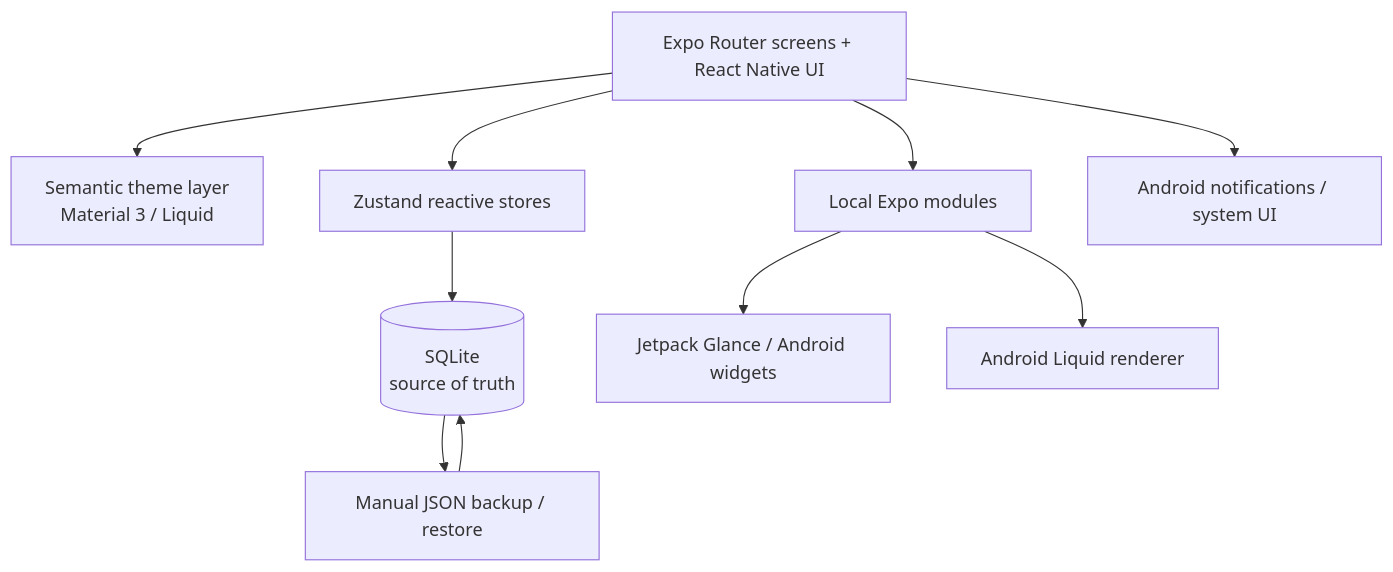
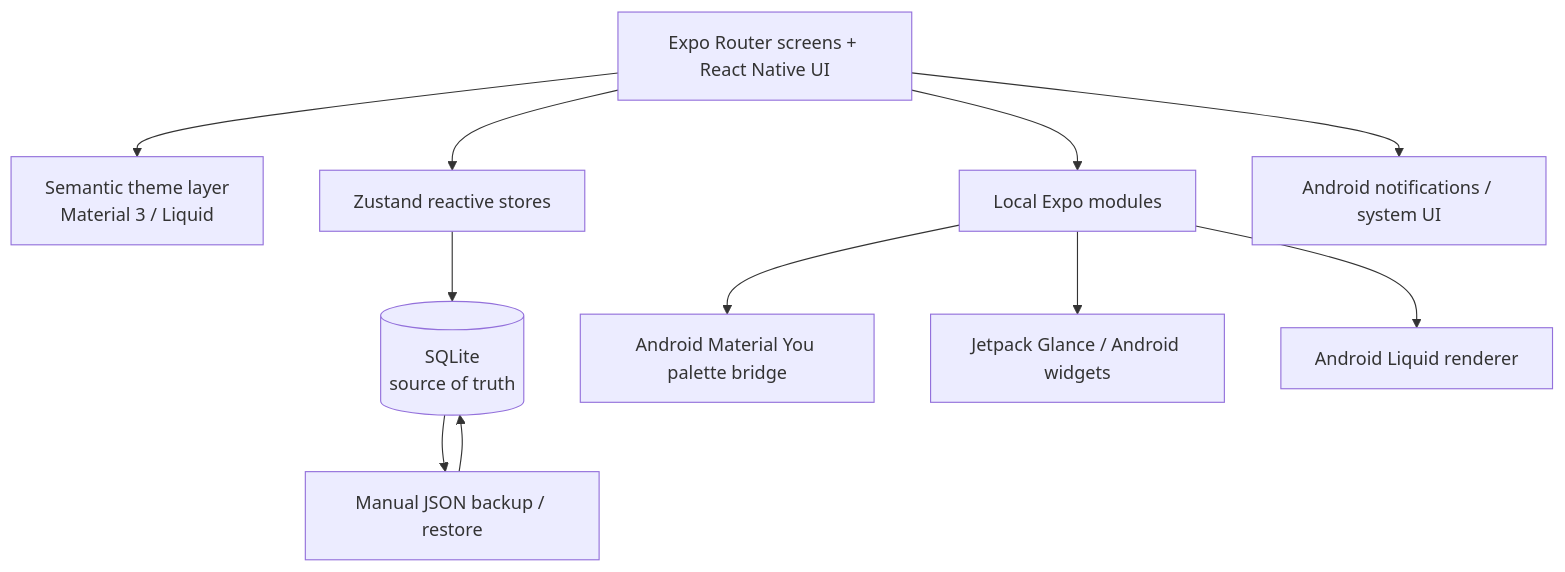
One commit to karimm1620/heibi changed the diagram in README.md. Above: the diagram before and after it, drawn with Mermaid. The commit also changed other lines of this file, not shown here.

Commit message:
docs: sync README with current native architecture

````diff
--- a/README.md
+++ b/README.md
@@ -144,22 +144,24 @@
 ```mermaid
 flowchart TD
     UI[Expo Router screens + React Native UI]
     Theme[Semantic theme layer\nMaterial 3 / Liquid]
     Store[Zustand reactive stores]
     DB[(SQLite\nsource of truth)]
     Native[Local Expo modules]
+    Dynamic[Android Material You palette bridge]
     Widgets[Jetpack Glance / Android widgets]
     Liquid[Android Liquid renderer]
     System[Android notifications / system UI]
     Backup[Manual JSON backup / restore]
 
     UI --> Theme
     UI --> Store
     Store --> DB
     UI --> Native
+    Native --> Dynamic
     Native --> Widgets
     Native --> Liquid
     UI --> System
     DB --> Backup
     Backup --> DB
 ```
````
